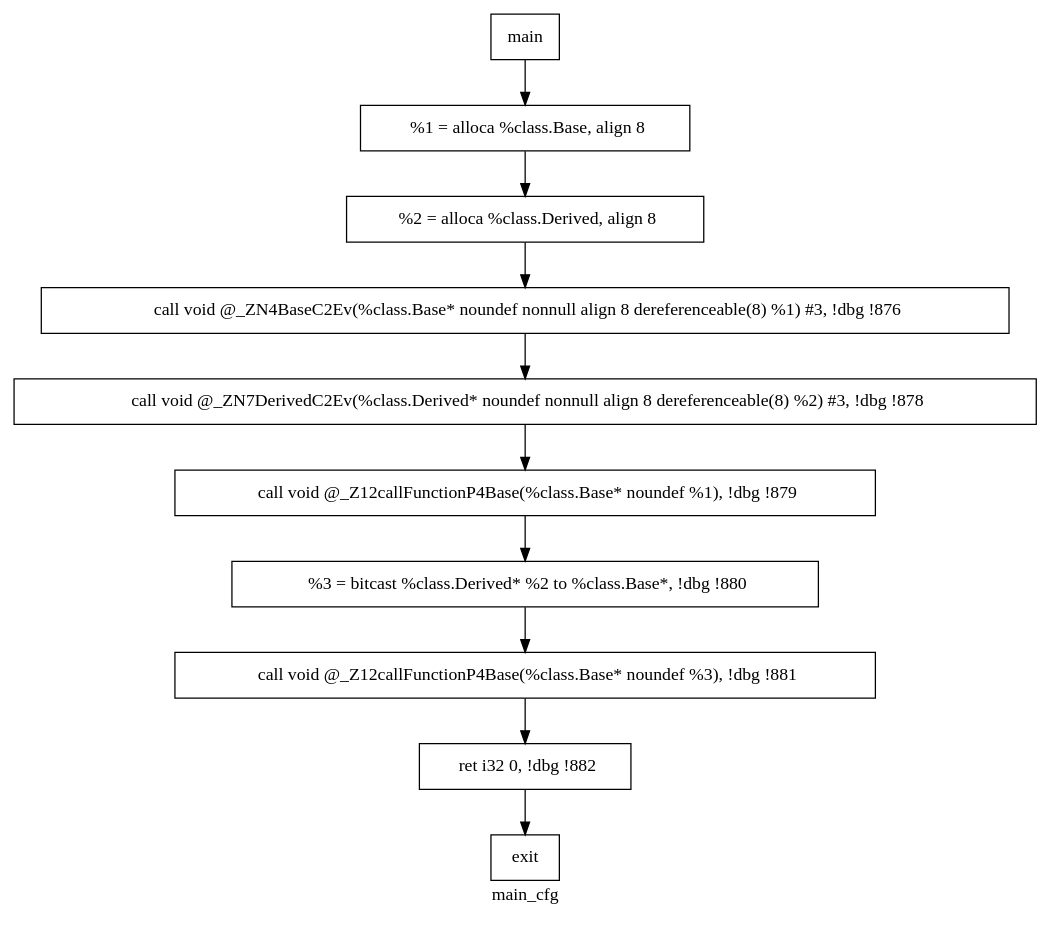
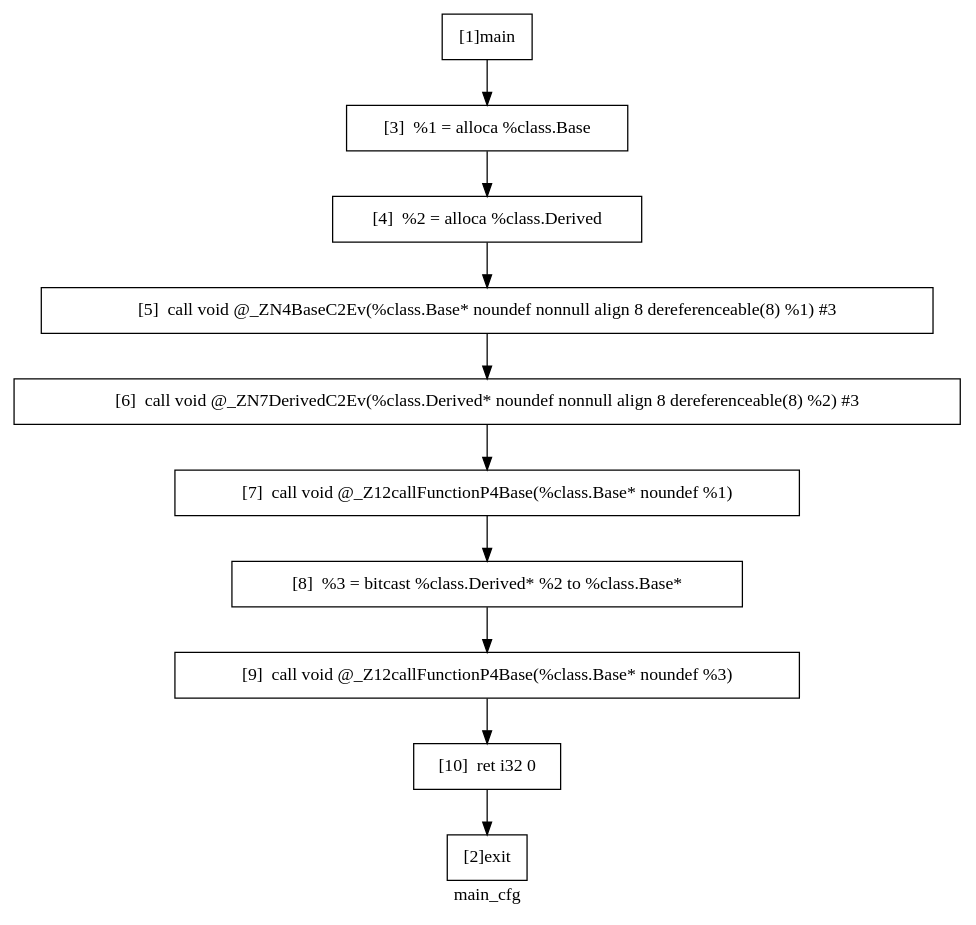
One commit to Mike-Wilson22/Program-Analysis changed the diagram in pa_template/benchmark/bench5/main_cfg.dot. Above: the diagram before and after it, drawn with Graphviz. The commit also changed 149 other files, not shown here.

```diff
--- a/pa_template/benchmark/bench5/main_cfg.dot
+++ b/pa_template/benchmark/bench5/main_cfg.dot
@@ -1,28 +1,28 @@
 digraph "main_cfg"{
 	label="main_cfg";
 
 
 	// Define the nodes
-	N1 [shape=rectangle, color=black,label="main"];
-	N2 [shape=rectangle, color=black,label="exit"];
-	N3 [shape=rectangle, color=black,label="  %1 = alloca %class.Base, align 8"];
-	N4 [shape=rectangle, color=black,label="  %2 = alloca %class.Derived, align 8"];
-	N5 [shape=rectangle, color=black,label="  call void @_ZN4BaseC2Ev(%class.Base* noundef nonnull align 8 dereferenceable(8) %1) #3, !dbg !876"];
-	N6 [shape=rectangle, color=black,label="  call void @_ZN7DerivedC2Ev(%class.Derived* noundef nonnull align 8 dereferenceable(8) %2) #3, !dbg !878"];
-	N7 [shape=rectangle, color=black,label="  call void @_Z12callFunctionP4Base(%class.Base* noundef %1), !dbg !879"];
-	N8 [shape=rectangle, color=black,label="  %3 = bitcast %class.Derived* %2 to %class.Base*, !dbg !880"];
-	N9 [shape=rectangle, color=black,label="  call void @_Z12callFunctionP4Base(%class.Base* noundef %3), !dbg !881"];
-	N10 [shape=rectangle, color=black,label="  ret i32 0, !dbg !882"];
+	N1 [shape=rectangle, color=black,label="[1]main"];
+	N2 [shape=rectangle, color=black,label="[2]exit"];
+	N3 [shape=rectangle, color=black,label="[3]  %1 = alloca %class.Base"];
+	N4 [shape=rectangle, color=black,label="[4]  %2 = alloca %class.Derived"];
+	N5 [shape=rectangle, color=black,label="[5]  call void @_ZN4BaseC2Ev(%class.Base* noundef nonnull align 8 dereferenceable(8) %1) #3"];
+	N6 [shape=rectangle, color=black,label="[6]  call void @_ZN7DerivedC2Ev(%class.Derived* noundef nonnull align 8 dereferenceable(8) %2) #3"];
+	N7 [shape=rectangle, color=black,label="[7]  call void @_Z12callFunctionP4Base(%class.Base* noundef %1)"];
+	N8 [shape=rectangle, color=black,label="[8]  %3 = bitcast %class.Derived* %2 to %class.Base*"];
+	N9 [shape=rectangle, color=black,label="[9]  call void @_Z12callFunctionP4Base(%class.Base* noundef %3)"];
+	N10 [shape=rectangle, color=black,label="[10]  ret i32 0"];
 
 
 	// Define the edges
 	N1 -> N3[color=black,label=""];
 	N3 -> N4[color=black,label=""];
 	N4 -> N5[color=black,label=""];
 	N5 -> N6[color=black,label=""];
 	N6 -> N7[color=black,label=""];
 	N7 -> N8[color=black,label=""];
 	N8 -> N9[color=black,label=""];
 	N9 -> N10[color=black,label=""];
 	N10 -> N2[color=black,label=""];
 }
```
